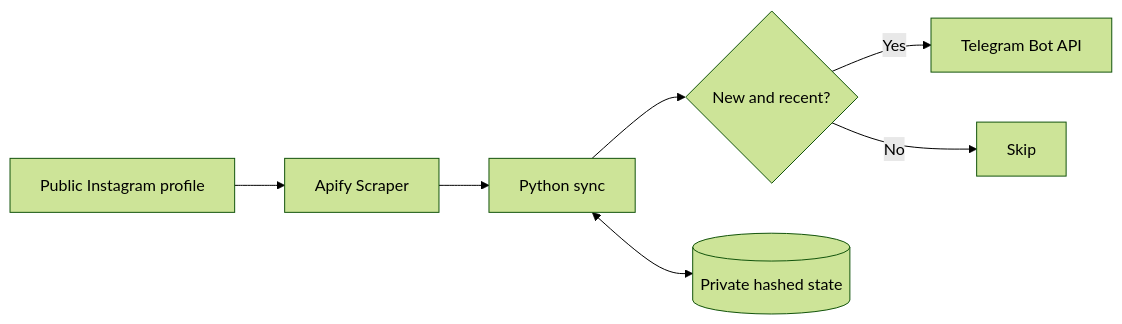
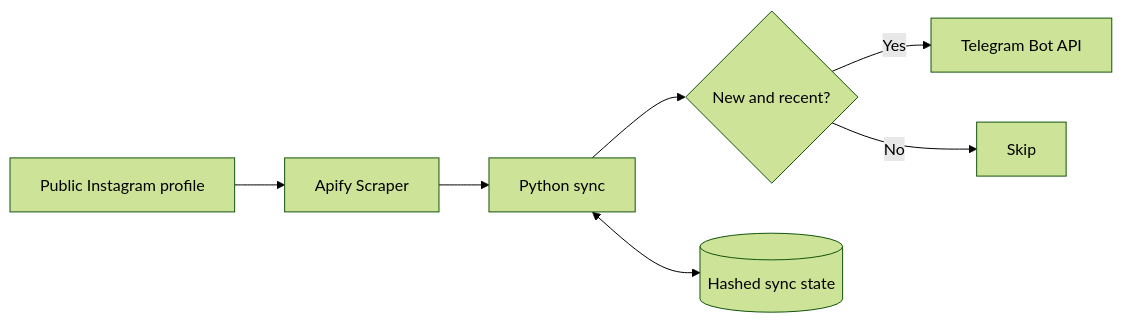
The diagram in README.md (Bl0ck154/instagram-to-telegram), drawn with Mermaid (forest theme) before and after one commit. The commit also changed other lines of this file and 1 other file, not shown here.

````diff
--- a/README.md
+++ b/README.md
@@ -70,9 +70,9 @@
 ```mermaid
 flowchart LR
     A[Public Instagram profile] --> B[Apify Scraper]
     B --> C[Python sync]
     C --> D{New and recent?}
     D -->|Yes| E[Telegram Bot API]
     D -->|No| F[Skip]
-    C <--> G[(Private hashed state)]
+    C <--> G[(Hashed sync state)]
 ```
````
